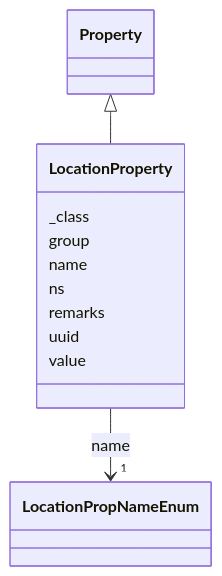
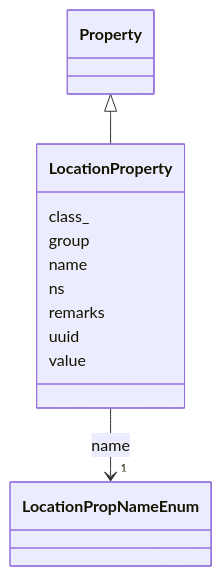
One commit to lmodel/oscal changed the diagram in project/mermaid/LocationProperty.md. Above: the diagram before and after it, drawn with Mermaid. The commit also changed 434 other files, not shown here.

Commit message:
fix(schema): stamp the modules for 1.2.3 and regenerate extended outputs

````diff
--- a/project/mermaid/LocationProperty.md
+++ b/project/mermaid/LocationProperty.md
@@ -4,32 +4,32 @@
 ```mermaid
  classDiagram
     class LocationProperty
     click LocationProperty href "../LocationProperty"
       Property <|-- LocationProperty
         click Property href "../Property"
       
-      LocationProperty : _class
+      LocationProperty : class_
         
       LocationProperty : group
         
       LocationProperty : name
         
           
     
         
         
         LocationProperty --> "1" LocationPropNameEnum : name
         click LocationPropNameEnum href "../LocationPropNameEnum"
     
 
         
       LocationProperty : ns
         
       LocationProperty : remarks
         
       LocationProperty : uuid
         
       LocationProperty : value
         
       
 ```
````
